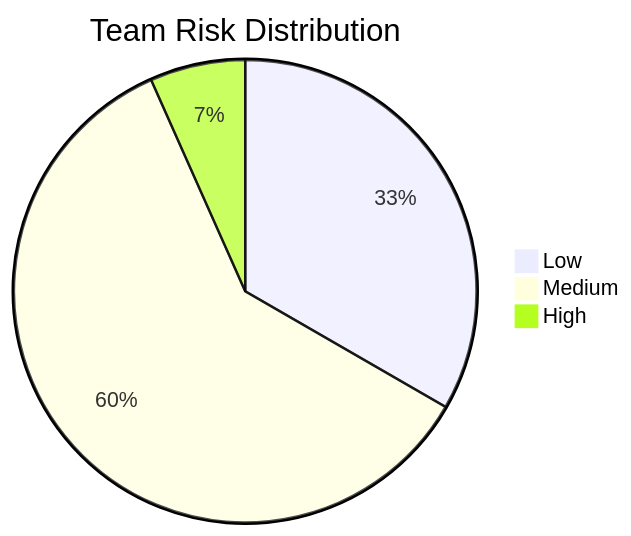
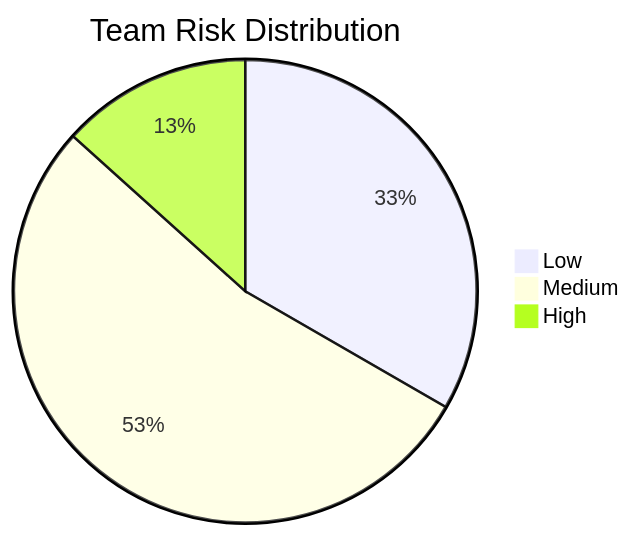
The fifth of 6 diagrams in fpl_report.md (techsuresh82/fpl-analyzer), drawn with Mermaid before and after one commit. The commit also changed other lines of this file, not shown here.

````diff
--- a/fpl_report.md
+++ b/fpl_report.md
@@ -327,6 +293,6 @@
 ```mermaid
 pie title Team Risk Distribution
     "Low" : 5
-    "Medium" : 9
-    "High" : 1
+    "Medium" : 8
+    "High" : 2
 ```
````
